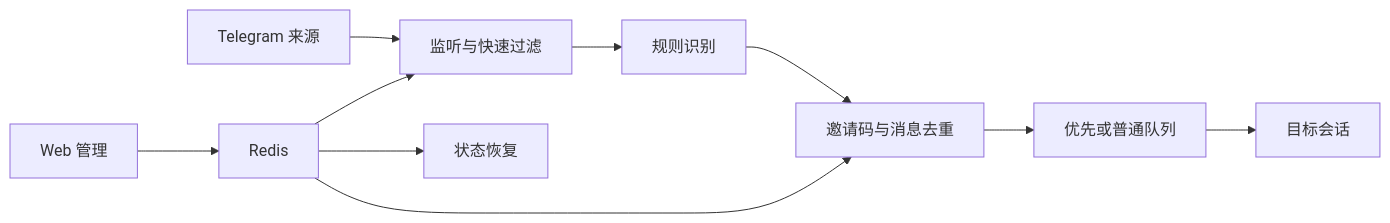
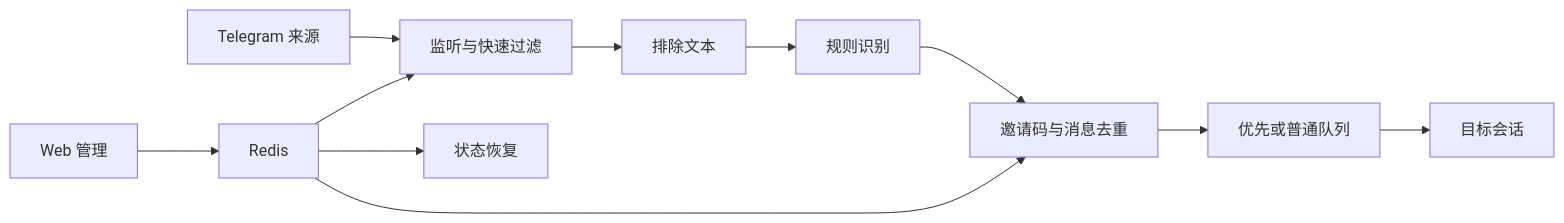
One commit to suzijin876-lgtm/slowlink changed the diagram in README.md. Above: the diagram before and after it, drawn with Mermaid. The commit also changed other lines of this file and 7 other files, not shown here.

````diff
--- a/README.md
+++ b/README.md
@@ -59,12 +60,13 @@
 ```mermaid
 flowchart LR
     A[Telegram 来源] --> B[监听与快速过滤]
-    B --> C[规则识别]
+    B --> X[排除文本]
+    X --> C[规则识别]
     C --> D[邀请码与消息去重]
     D --> E[优先或普通队列]
     E --> F[目标会话]
     G[Redis] --> B
     G --> D
     G --> H[状态恢复]
     I[Web 管理] --> G
 ```
````
